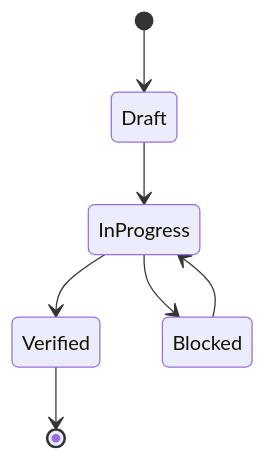
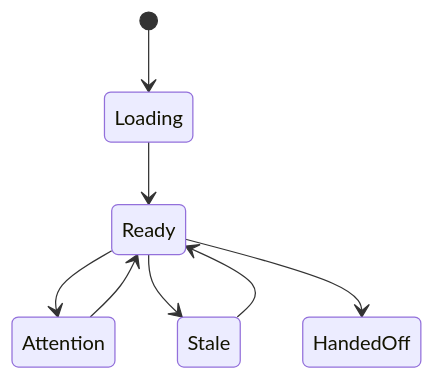
The first of 2 diagrams in .decapod/generated/specs/SEMANTICS.md (DecapodLabs/amnion), drawn with Mermaid before and after one commit. The commit also changed other lines of this file and 34 other files, not shown here.

````diff
--- a/.decapod/generated/specs/SEMANTICS.md
+++ b/.decapod/generated/specs/SEMANTICS.md
@@ -4,9 +25,10 @@
 ```mermaid
 stateDiagram-v2
-  [*] --> Draft
-  Draft --> InProgress
-  InProgress --> Verified
-  InProgress --> Blocked
-  Blocked --> InProgress
-  Verified --> [*]
+  [*] --> Loading
+  Loading --> Ready
+  Ready --> Attention
+  Ready --> Stale
+  Attention --> Ready
+  Stale --> Ready
+  Ready --> HandedOff
 ```
````
